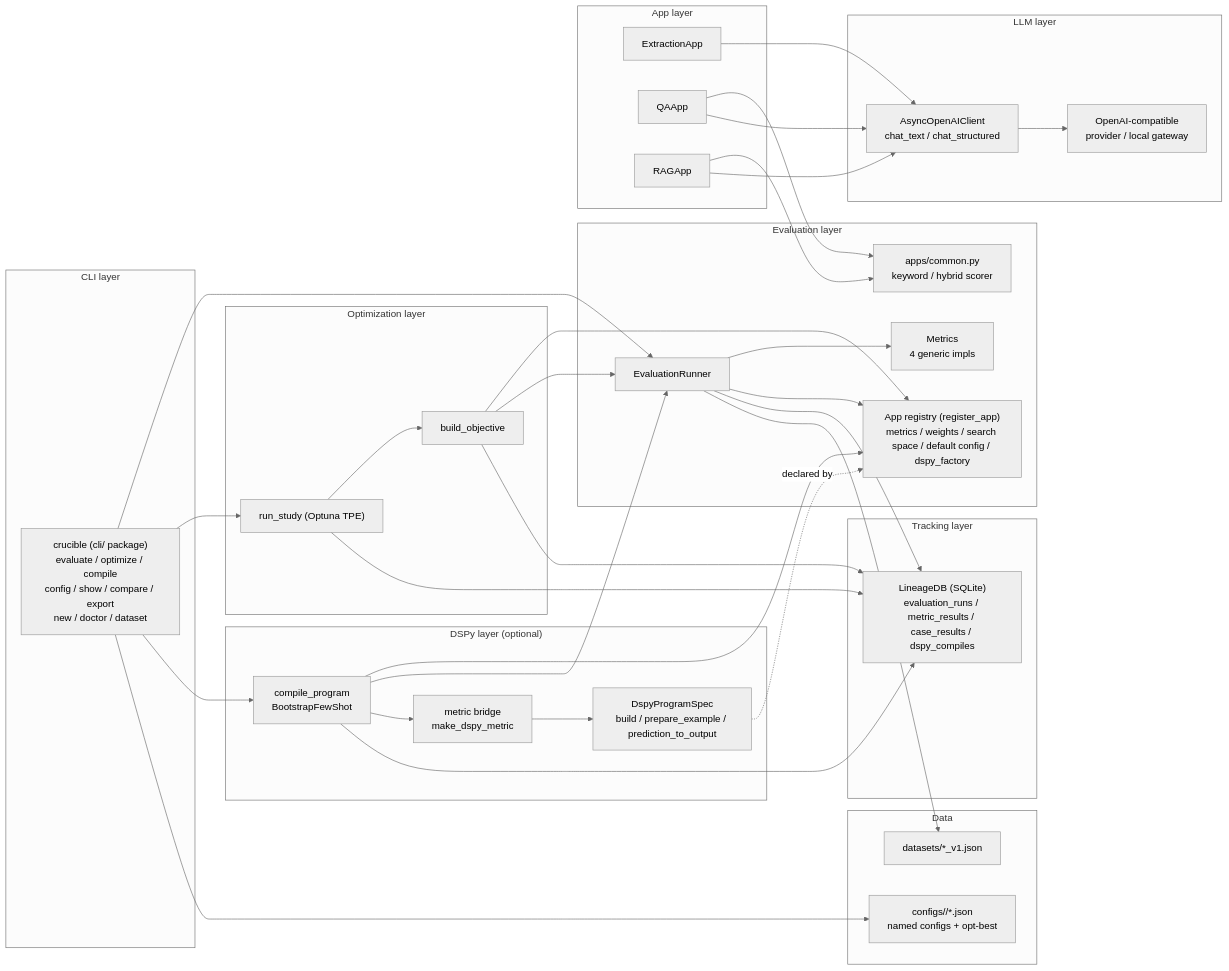
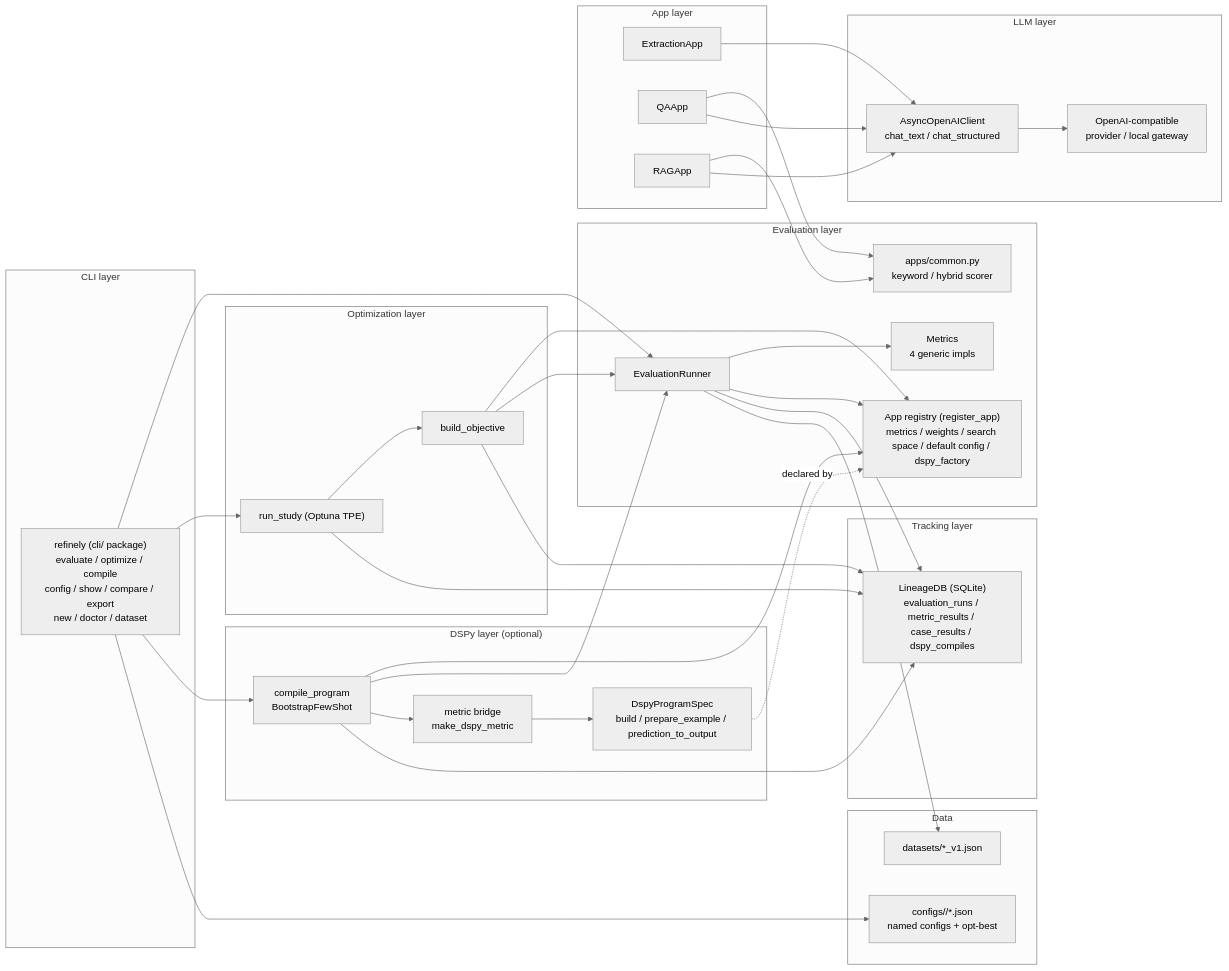
One commit to gamberooni/refinely changed the first of 7 diagrams in docs/architecture.md. Above: the diagram before and after it, drawn with Mermaid (neutral theme). The commit also changed other lines of this file and 143 other files, not shown here.

````diff
--- a/docs/architecture.md
+++ b/docs/architecture.md
@@ -35,70 +35,70 @@
 ```mermaid
 flowchart LR
     subgraph CLI["CLI layer"]
-        C["crucible (cli/ package)<br/>evaluate / optimize / compile<br/>config / show / compare / export<br/>new / doctor / dataset"]
+        C["refinely (cli/ package)<br/>evaluate / optimize / compile<br/>config / show / compare / export<br/>new / doctor / dataset"]
     end
 
     subgraph EVAL["Evaluation layer"]
         RUN["EvaluationRunner"]
         MET["Metrics<br/>4 generic impls"]
         REG["App registry (register_app)<br/>metrics / weights / search space / default config / dspy_factory"]
         RT["apps/common.py<br/>keyword / hybrid scorer"]
     end
 
     subgraph OPT["Optimization layer"]
         OBJ["build_objective"]
         ST["run_study (Optuna TPE)"]
     end
 
     subgraph DSPY["DSPy layer (optional)"]
         SPEC["DspyProgramSpec<br/>build / prepare_example / prediction_to_output"]
         BRG["metric bridge<br/>make_dspy_metric"]
         COMP["compile_program<br/>BootstrapFewShot"]
     end
 
     subgraph APPS["App layer"]
         EX["ExtractionApp"]
         QA["QAApp"]
         RA["RAGApp"]
     end
 
     subgraph LLM["LLM layer"]
         CL["AsyncOpenAIClient<br/>chat_text / chat_structured"]
         GW["OpenAI-compatible<br/>provider / local gateway"]
     end
 
     subgraph TRACK["Tracking layer"]
         DB["LineageDB (SQLite)<br/>evaluation_runs / metric_results / case_results / dspy_compiles"]
     end
 
     subgraph DATA["Data"]
         DS["datasets/*_v1.json"]
         CF["configs/<app>/*.json<br/>named configs + opt-best"]
     end
 
     C --> RUN
     C --> ST
     C --> COMP
     C --> CF
     RUN --> MET
     RUN --> REG
     RUN --> DB
     RUN --> DS
     EX --> CL
     QA --> RT
     QA --> CL
     RA --> RT
     RA --> CL
     CL --> GW
     OBJ --> REG
     OBJ --> RUN
     OBJ --> DB
     ST --> OBJ
     ST --> DB
     COMP --> REG
     COMP --> RUN
     COMP --> BRG
     COMP --> DB
     BRG --> SPEC
     SPEC -. declared by .-> REG
 ```
````
